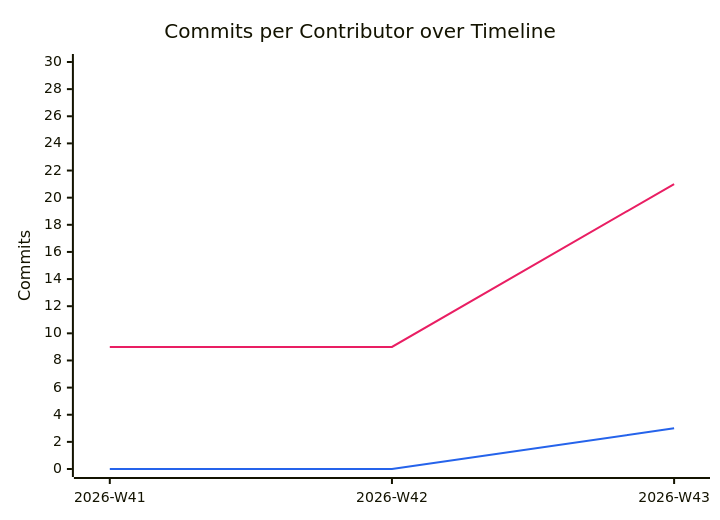
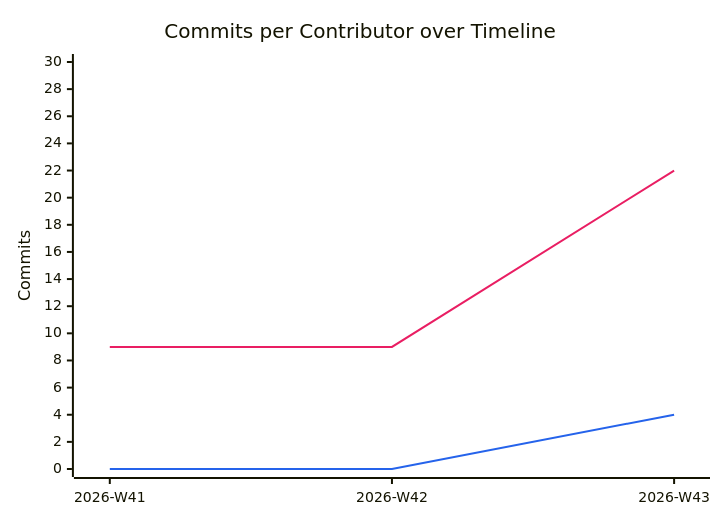
The diagram in documentation/snippets/management/commit-velocity.mmd (BeyondMagic/swe-template), drawn with Mermaid before and after one commit. The commit also changed 2 other files, not shown here.

```diff
--- a/documentation/snippets/management/commit-velocity.mmd
+++ b/documentation/snippets/management/commit-velocity.mmd
@@ -1,7 +1,7 @@
 %%{init: {"themeVariables": {"xyChart": {"plotColorPalette": "#e91e63, #2563eb"}}}}%%
 xychart-beta
     title "Commits per Contributor over Timeline"
     x-axis ["2026-W41", "2026-W42", "2026-W43"]
     y-axis "Commits" 0 --> 30
-    line [9, 9, 21]
-    line [0, 0, 3]
+    line [9, 9, 22]
+    line [0, 0, 4]
```
